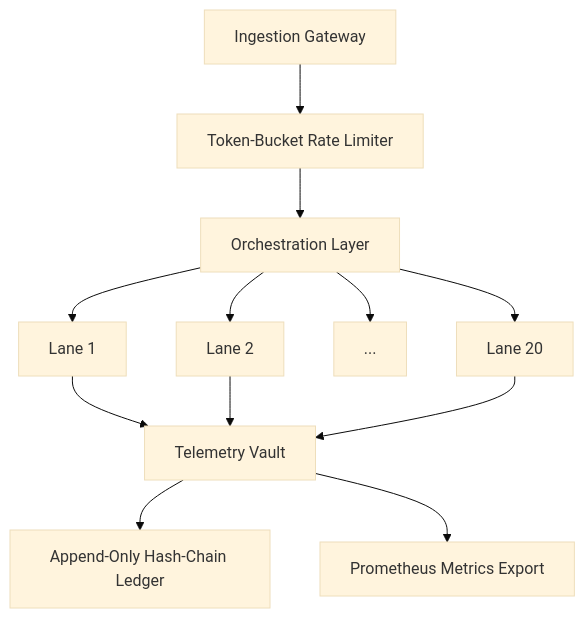
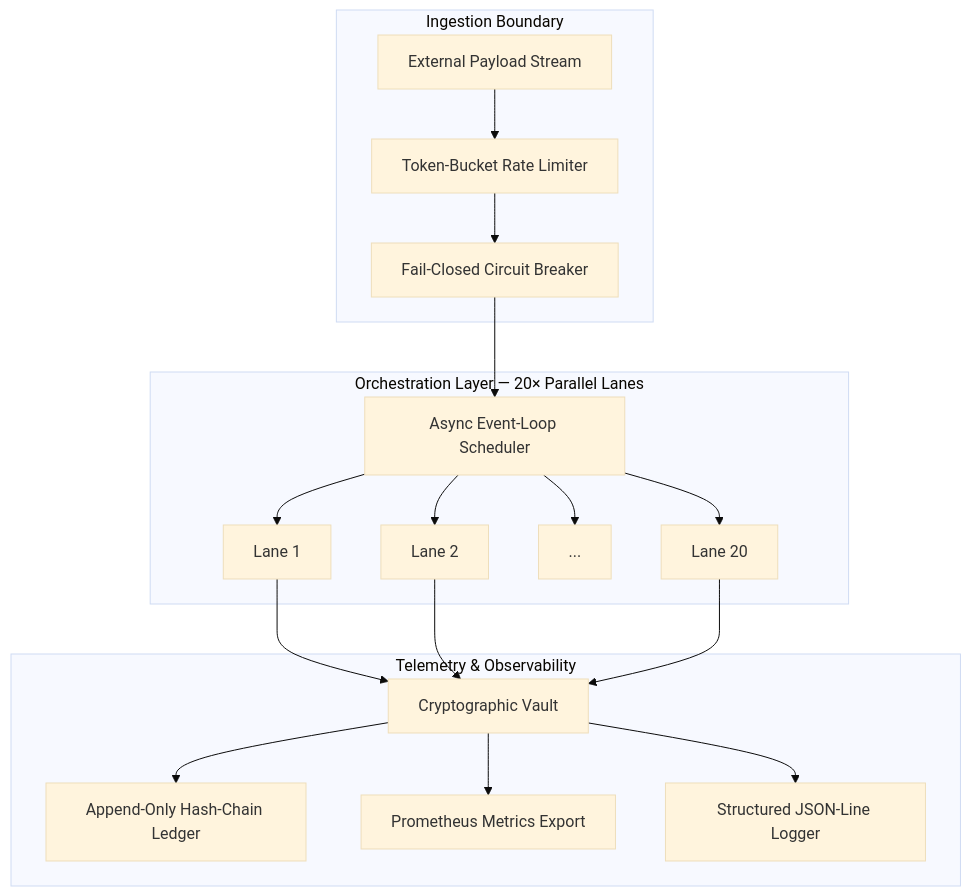
Before and after one commit to sakoza13/hyperion-stream-v5: the diagram in README.md, drawn with Mermaid (base theme). The commit also changed other lines of this file, not shown here.

Commit message:
docs: finalise README — full architecture table, metrics, project structure, and cloud-credit case

````diff
--- a/README.md
+++ b/README.md
@@ -9,14 +9,24 @@
 ```mermaid
 graph TD
-    A[Ingestion Gateway] --> B[Token-Bucket Rate Limiter]
-    B --> C[Orchestration Layer]
-    C --> D1[Lane 1]
-    C --> D2[Lane 2]
-    C --> D[...]
-    C --> D20[Lane 20]
-    D1 --> E[Telemetry Vault]
-    D2 --> E
-    D20 --> E
-    E --> F[Append-Only Hash-Chain Ledger]
-    E --> G[Prometheus Metrics Export]
+    subgraph "Ingestion Boundary"
+        A[External Payload Stream] --> B[Token-Bucket Rate Limiter]
+        B --> C[Fail-Closed Circuit Breaker]
+    end
+
+    subgraph "Orchestration Layer — 20× Parallel Lanes"
+        C --> D[Async Event-Loop Scheduler]
+        D --> L1[Lane 1]
+        D --> L2[Lane 2]
+        D --> Lx[...]
+        D --> L20[Lane 20]
+    end
+
+    subgraph "Telemetry & Observability"
+        L1 --> E[Cryptographic Vault]
+        L2 --> E
+        L20 --> E
+        E --> F[Append-Only Hash-Chain Ledger]
+        E --> G[Prometheus Metrics Export]
+        E --> H[Structured JSON-Line Logger]
+    end
 ```
````
